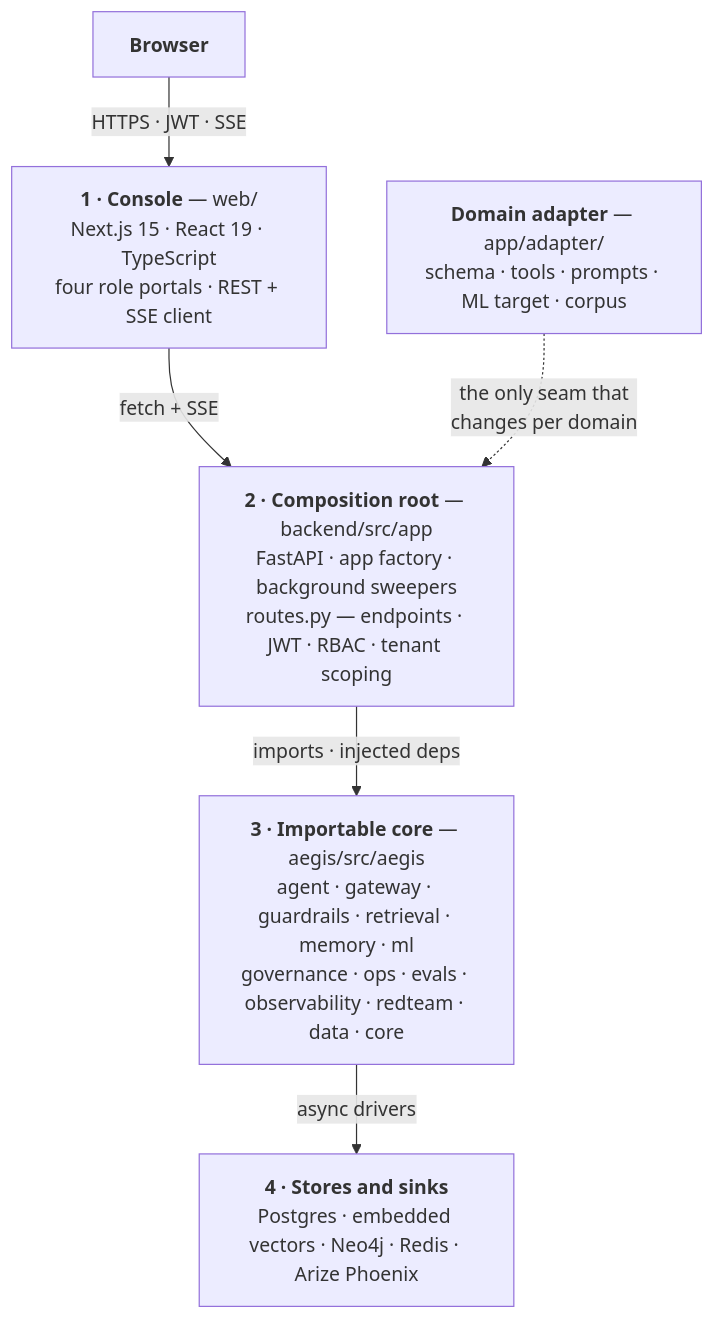
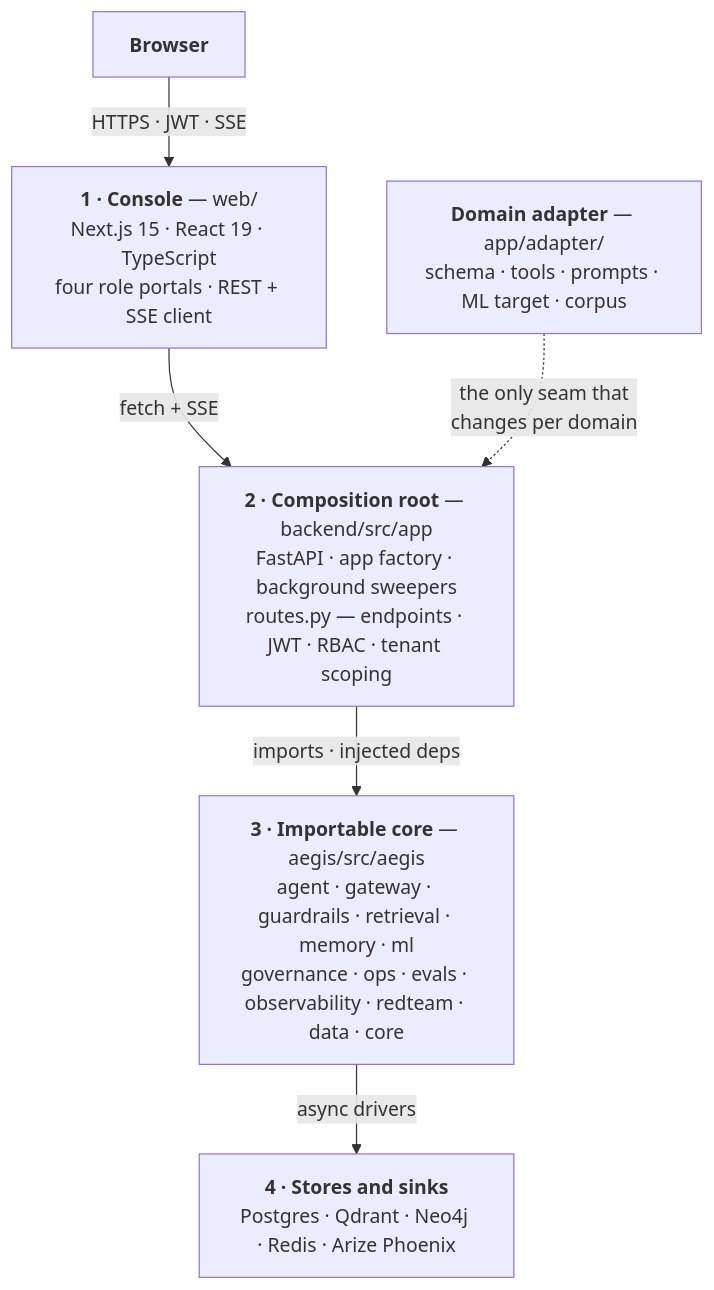
One commit to yrevash/aegis changed the diagram in README.md. Above: the diagram before and after it, drawn with Mermaid. The commit also changed other lines of this file and 85 other files, not shown here.

````diff
--- a/README.md
+++ b/README.md
@@ -103,15 +103,15 @@
 ```mermaid
 flowchart TB
     B["<b>Browser</b>"]
     L1["<b>1 · Console</b> — web/<br/>Next.js 15 · React 19 · TypeScript<br/>four role portals · REST + SSE client"]
     L2["<b>2 · Composition root</b> — backend/src/app<br/>FastAPI · app factory · background sweepers<br/>routes.py — endpoints · JWT · RBAC · tenant scoping"]
     L3["<b>3 · Importable core</b> — aegis/src/aegis<br/>agent · gateway · guardrails · retrieval · memory · ml<br/>governance · ops · evals · observability · redteam · data · core"]
-    L4["<b>4 · Stores and sinks</b><br/>Postgres · embedded vectors · Neo4j · Redis · Arize Phoenix"]
+    L4["<b>4 · Stores and sinks</b><br/>Postgres · Qdrant · Neo4j · Redis · Arize Phoenix"]
     AD["<b>Domain adapter</b> — app/adapter/<br/>schema · tools · prompts · ML target · corpus"]
 
     B -->|"HTTPS · JWT · SSE"| L1
     L1 -->|"fetch + SSE"| L2
     L2 -->|"imports · injected deps"| L3
     L3 -->|"async drivers"| L4
     AD -.->|"the only seam that<br/>changes per domain"| L2
 ```
````
